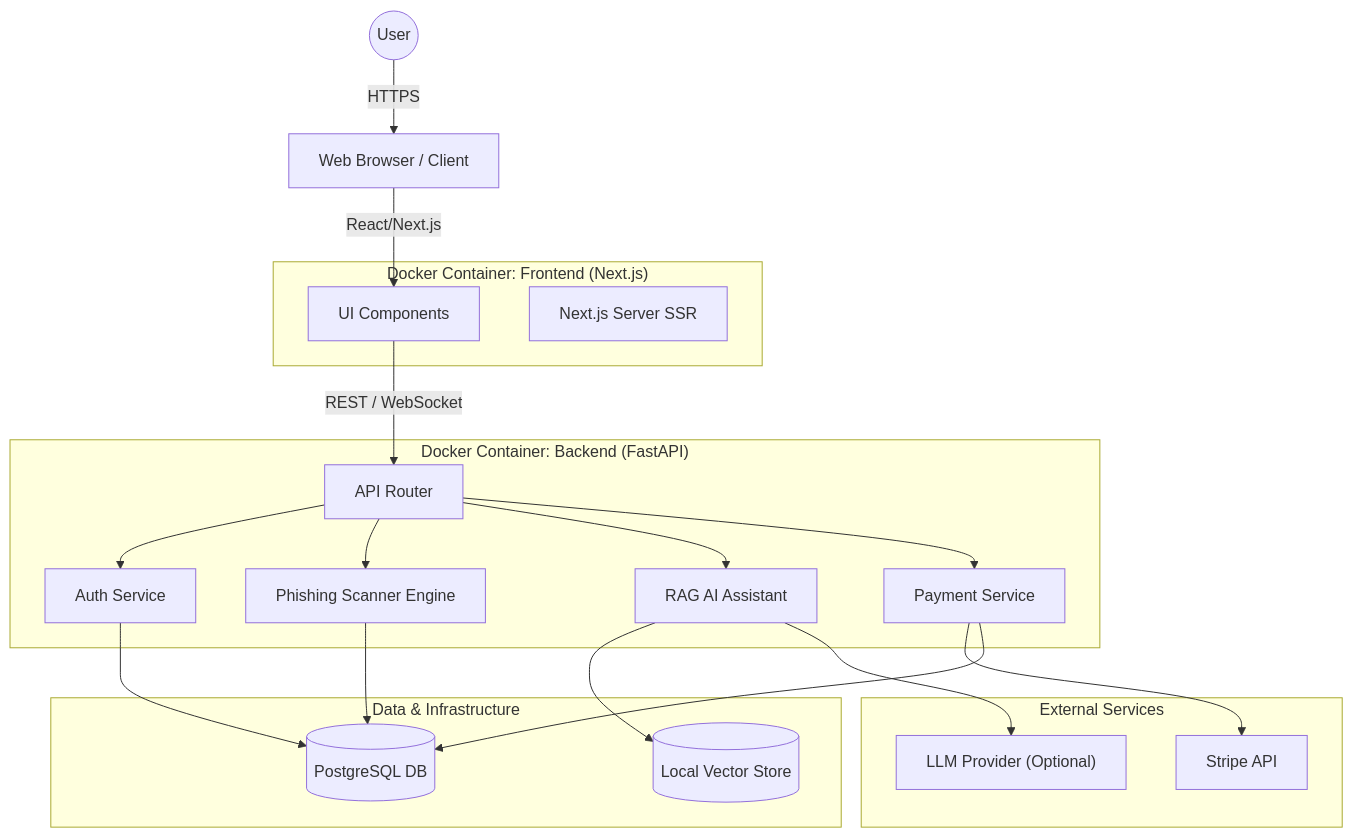
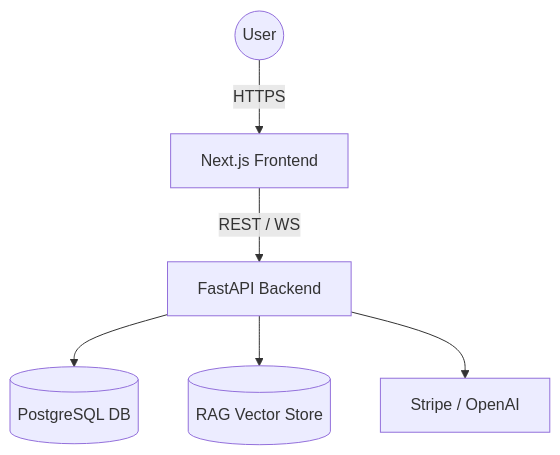
Before and after one commit to NoorAhmed786/SecureGuard: the diagram in README.md, drawn with Mermaid. The commit also changed other lines of this file, not shown here.

````diff
--- a/README.md
+++ b/README.md
@@ -16,45 +64,8 @@
 ```mermaid
 graph TD
-    User((User))
-    Browser[Web Browser / Client]
-    
-    subgraph "Docker Container: Frontend (Next.js)"
-        UI[UI Components]
-        NextServer[Next.js Server SSR]
-    end
-    
-    subgraph "Docker Container: Backend (FastAPI)"
-        API[API Router]
-        Auth[Auth Service]
-        Scanner[Phishing Scanner Engine]
-        RAG[RAG AI Assistant]
-        Payment[Payment Service]
-    end
-    
-    subgraph "Data & Infrastructure"
-        DB[(PostgreSQL DB)]
-        VectorDB[(Local Vector Store)]
-    end
-    
-    subgraph "External Services"
-        Stripe[Stripe API]
-        OpenAI["LLM Provider (Optional)"]
-    end
-
-    User -->|HTTPS| Browser
-    Browser -->|React/Next.js| UI
-    UI -->|REST / WebSocket| API
-    
-    API --> Auth
-    API --> Scanner
-    API --> RAG
-    API --> Payment
-    
-    Auth --> DB
-    Scanner --> DB
-    Payment --> Stripe
-    Payment --> DB
-    
-    RAG --> VectorDB
-    RAG --> OpenAI
+    User((User)) -->|HTTPS| Frontend[Next.js Frontend]
+    Frontend -->|REST / WS| Backend[FastAPI Backend]
+    Backend --> DB[(PostgreSQL DB)]
+    Backend --> Vector[(RAG Vector Store)]
+    Backend --> External[Stripe / OpenAI]
 ```
````
